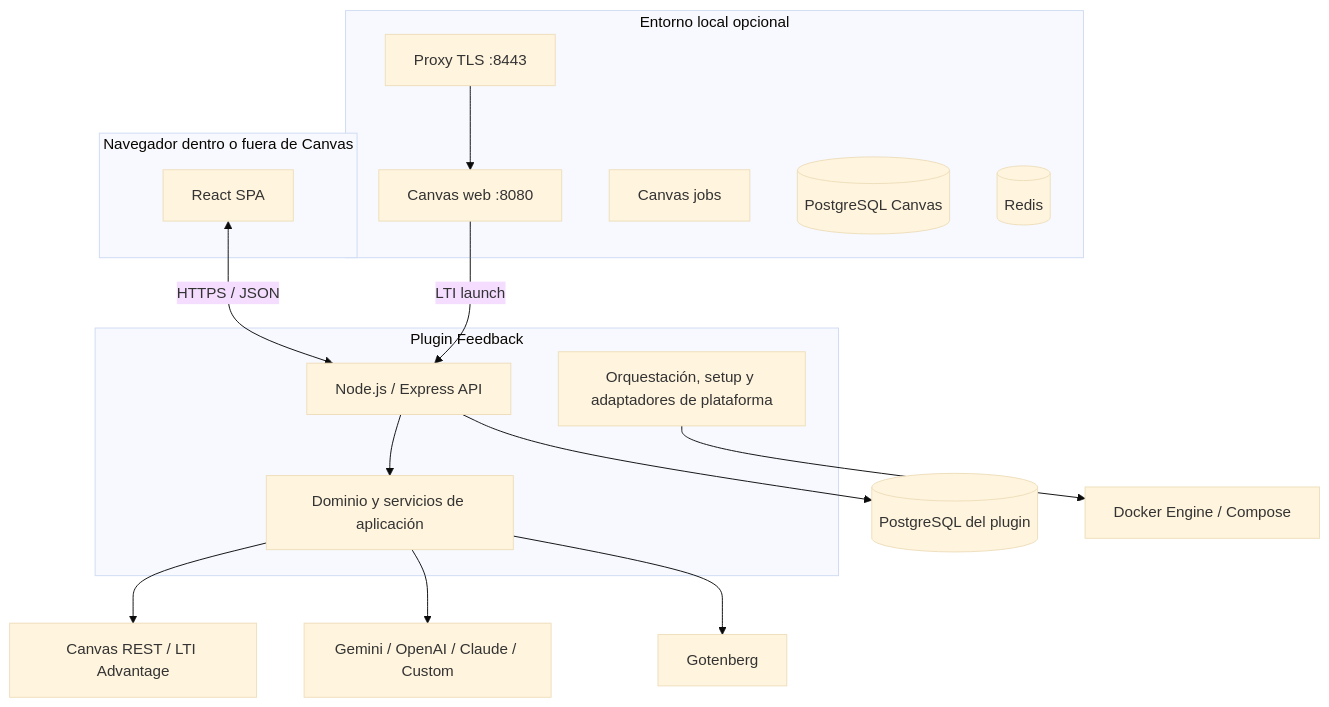
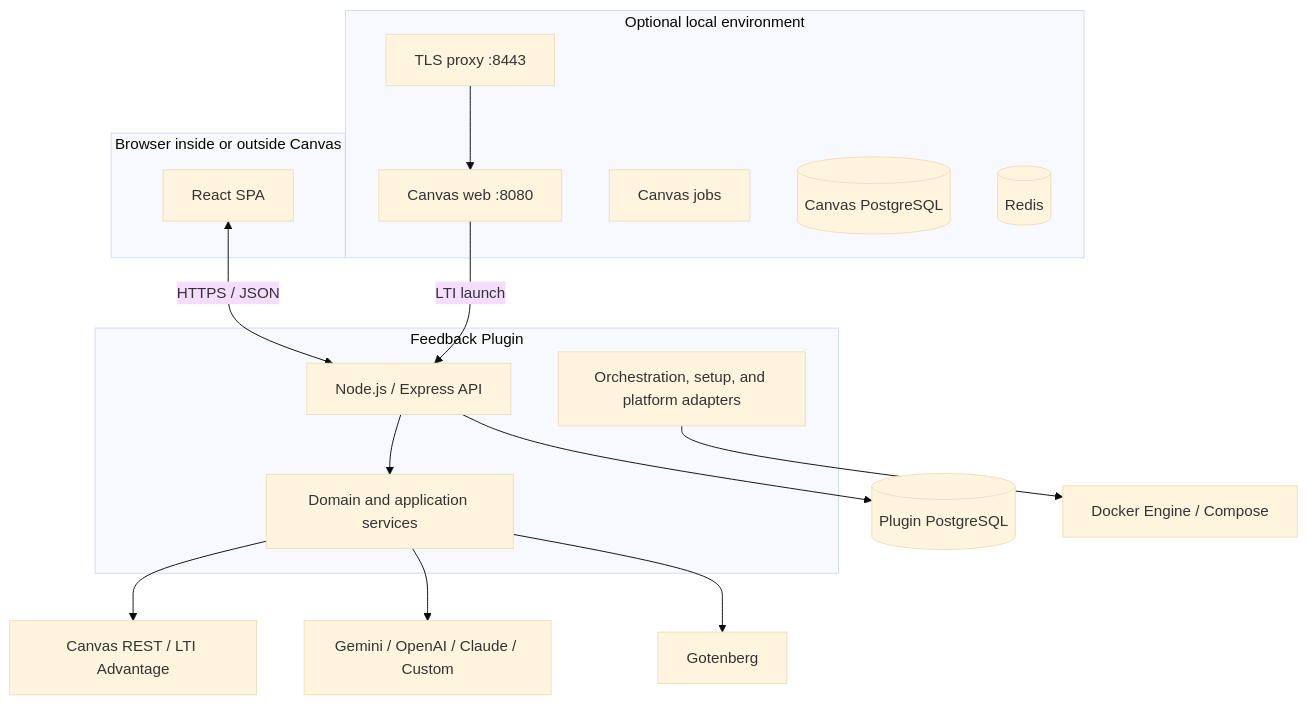
One commit to JaimeArriagadaRosas/Plugin-Feedback-Canvas changed the second of 3 diagrams in docs/ARCHITECTURE.md. Above: the diagram before and after it, drawn with Mermaid (base theme). The commit also changed other lines of this file and 291 other files, not shown here.

````diff
--- a/docs/ARCHITECTURE.md
+++ b/docs/ARCHITECTURE.md
@@ -30,31 +30,31 @@
 ```mermaid
 flowchart TB
-    subgraph Browser[Navegador dentro o fuera de Canvas]
+    subgraph Browser[Browser inside or outside Canvas]
       UI[React SPA]
     end
 
-    subgraph Plugin[Plugin Feedback]
+    subgraph Plugin[Feedback Plugin]
       API[Node.js / Express API]
-      Domain[Dominio y servicios de aplicación]
-      Setup[Orquestación, setup y adaptadores de plataforma]
+      Domain[Domain and application services]
+      Setup[Orchestration, setup, and platform adapters]
     end
 
     UI <-->|HTTPS / JSON| API
     API --> Domain
-    API --> PG[(PostgreSQL del plugin)]
+    API --> PG[(Plugin PostgreSQL)]
     Domain --> CanvasAPI[Canvas REST / LTI Advantage]
     Domain --> AI[Gemini / OpenAI / Claude / Custom]
     Domain --> Gotenberg
     Setup --> Docker[Docker Engine / Compose]
 
-    subgraph LocalOnly[Entorno local opcional]
-      TLS[Proxy TLS :8443]
+    subgraph LocalOnly[Optional local environment]
+      TLS[TLS proxy :8443]
       CanvasWeb[Canvas web :8080]
       CanvasJobs[Canvas jobs]
-      CanvasDB[(PostgreSQL Canvas)]
+      CanvasDB[(Canvas PostgreSQL)]
       Redis[(Redis)]
     end
 
     CanvasWeb -->|LTI launch| API
     TLS --> CanvasWeb
 ```
````
